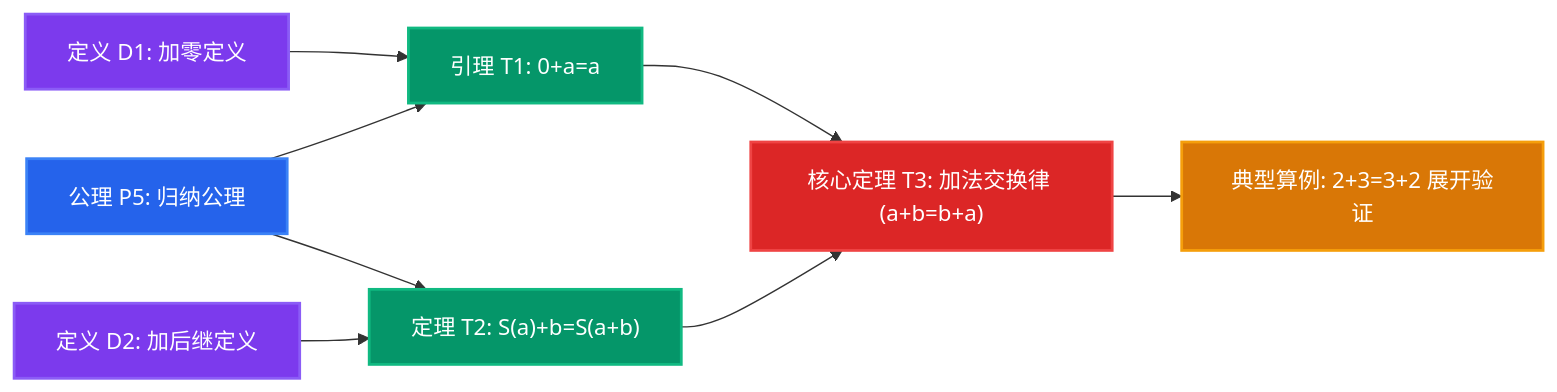
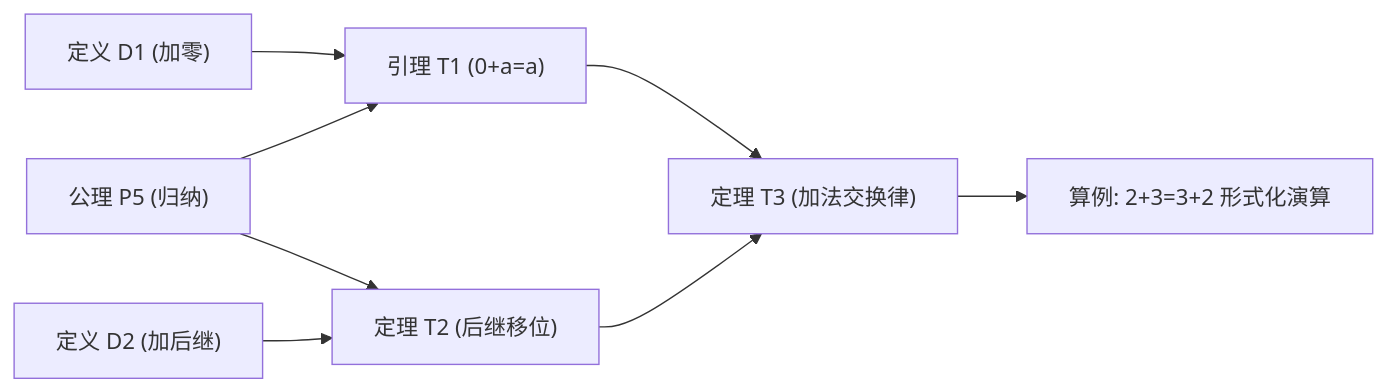
One commit to theordinary0x/Mathmind changed the diagram in README.md. Above: the diagram before and after it, drawn with Mermaid. The commit also changed other lines of this file, not shown here.

````diff
--- a/README.md
+++ b/README.md
@@ -57,18 +30,10 @@
 ```mermaid
 flowchart LR
-    P5["公理 P5: 归纳公理"] --> T1["引理 T1: 0+a=a"]
-    D1["定义 D1: 加零定义"] --> T1
-    D2["定义 D2: 加后继定义"] --> T2["定理 T2: S(a)+b=S(a+b)"]
+    P5["公理 P5 (归纳)"] --> T1["引理 T1 (0+a=a)"]
+    D1["定义 D1 (加零)"] --> T1
+    D2["定义 D2 (加后继)"] --> T2["定理 T2 (后继移位)"]
     P5 --> T2
-    T1 --> T3["核心定理 T3: 加法交换律 (a+b=b+a)"]
+    T1 --> T3["定理 T3 (加法交换律)"]
     T2 --> T3
-    T3 --> EX["典型算例: 2+3=3+2 展开验证"]
-
-    style P5 fill:#2563EB,stroke:#3B82F6,stroke-width:2px,color:#fff
-    style D1 fill:#7C3AED,stroke:#8B5CF6,stroke-width:2px,color:#fff
-    style D2 fill:#7C3AED,stroke:#8B5CF6,stroke-width:2px,color:#fff
-    style T1 fill:#059669,stroke:#10B981,stroke-width:2px,color:#fff
-    style T2 fill:#059669,stroke:#10B981,stroke-width:2px,color:#fff
-    style T3 fill:#DC2626,stroke:#EF4444,stroke-width:2px,color:#fff
-    style EX fill:#D97706,stroke:#F59E0B,stroke-width:2px,color:#fff
+    T3 --> EX["算例: 2+3=3+2 形式化演算"]
 ```
````
